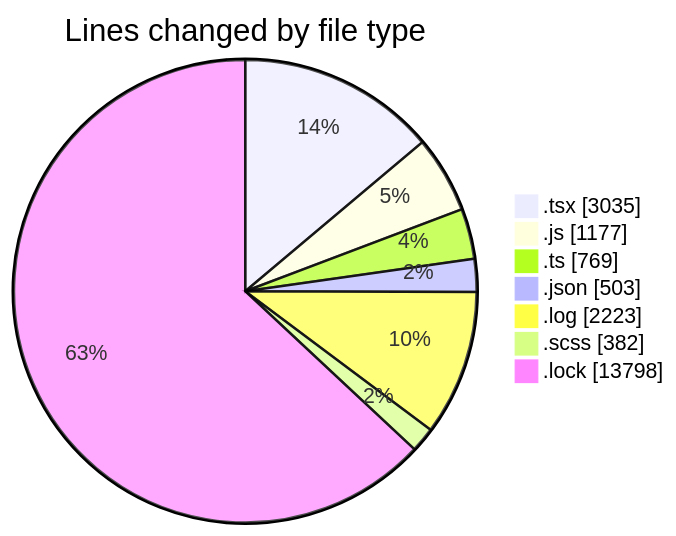
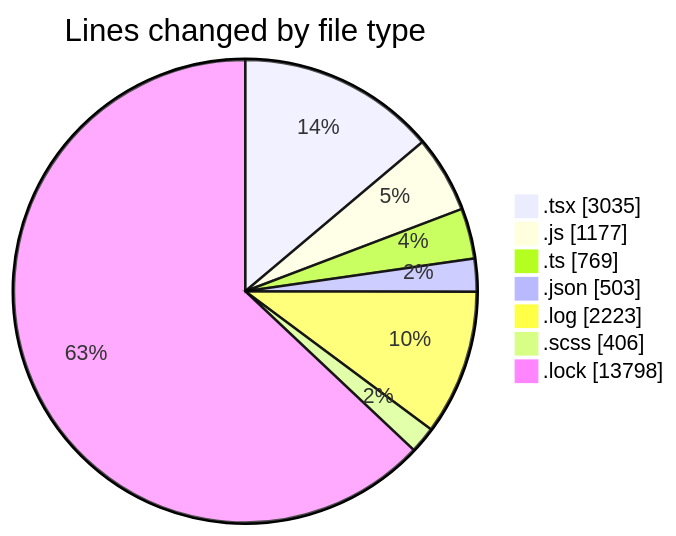
Before and after one commit to momahboobian/code-tracking: the first of 2 diagrams in 2026-04-17/cda/README.md, drawn with Mermaid. The commit also changed other lines of this file and 1 other file, not shown here.

````diff
--- a/2026-04-17/cda/README.md
+++ b/2026-04-17/cda/README.md
@@ -51,11 +52,11 @@
 ```mermaid
 pie showData
 title Lines changed by file type
 ".tsx" : 3035
 ".js" : 1177
 ".ts" : 769
 ".json" : 503
 ".log" : 2223
-".scss" : 382
+".scss" : 406
 ".lock" : 13798
 ```
````
